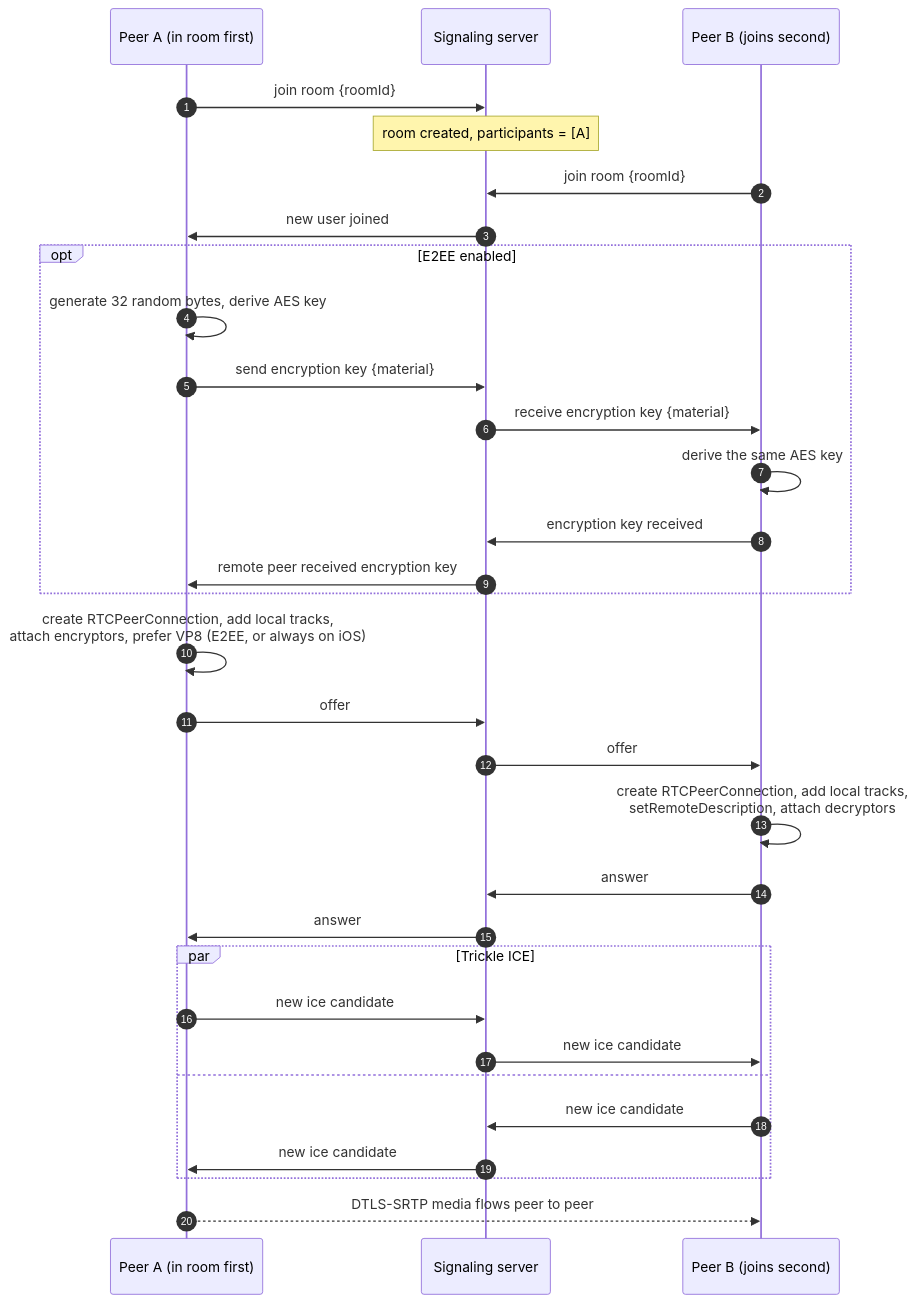
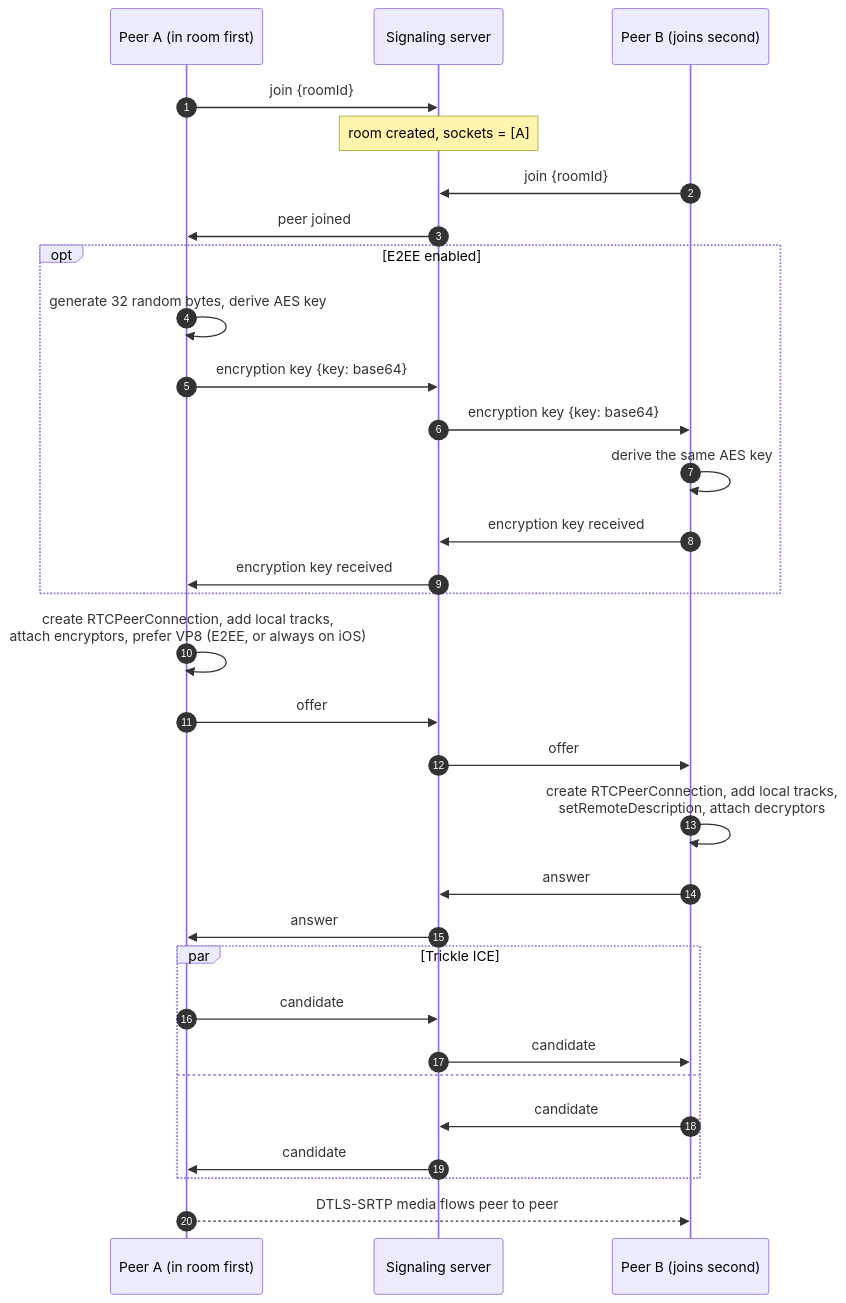
Before and after one commit to maitrungduc1410/WebRTC-Demo: the third of 24 diagrams in ARCHITECTURE.md, drawn with Mermaid. The commit also changed other lines of this file and 111 other files, not shown here.

````diff
--- a/ARCHITECTURE.md
+++ b/ARCHITECTURE.md
@@ -159,38 +182,38 @@
 ```mermaid
 sequenceDiagram
     autonumber
     participant A as Peer A (in room first)
     participant S as Signaling server
     participant B as Peer B (joins second)
 
-    A->>S: join room {roomId}
-    Note over S: room created, participants = [A]
-    B->>S: join room {roomId}
-    S->>A: new user joined
+    A->>S: join {roomId}
+    Note over S: room created, sockets = [A]
+    B->>S: join {roomId}
+    S->>A: peer joined
 
     opt E2EE enabled
         A->>A: generate 32 random bytes, derive AES key
-        A->>S: send encryption key {material}
-        S->>B: receive encryption key {material}
+        A->>S: encryption key {key: base64}
+        S->>B: encryption key {key: base64}
         B->>B: derive the same AES key
         B->>S: encryption key received
-        S->>A: remote peer received encryption key
+        S->>A: encryption key received
     end
 
     A->>A: create RTCPeerConnection, add local tracks,<br/>attach encryptors, prefer VP8 (E2EE, or always on iOS)
     A->>S: offer
     S->>B: offer
     B->>B: create RTCPeerConnection, add local tracks,<br/>setRemoteDescription, attach decryptors
     B->>S: answer
     S->>A: answer
 
     par Trickle ICE
-        A->>S: new ice candidate
-        S->>B: new ice candidate
+        A->>S: candidate
+        S->>B: candidate
     and
-        B->>S: new ice candidate
-        S->>A: new ice candidate
+        B->>S: candidate
+        S->>A: candidate
     end
 
     A-->>B: DTLS-SRTP media flows peer to peer
 ```
````
